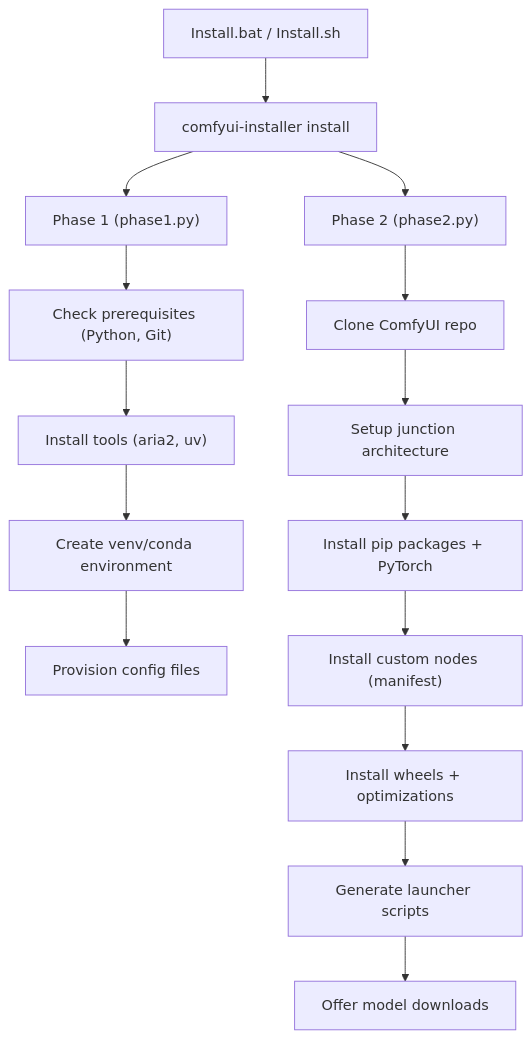
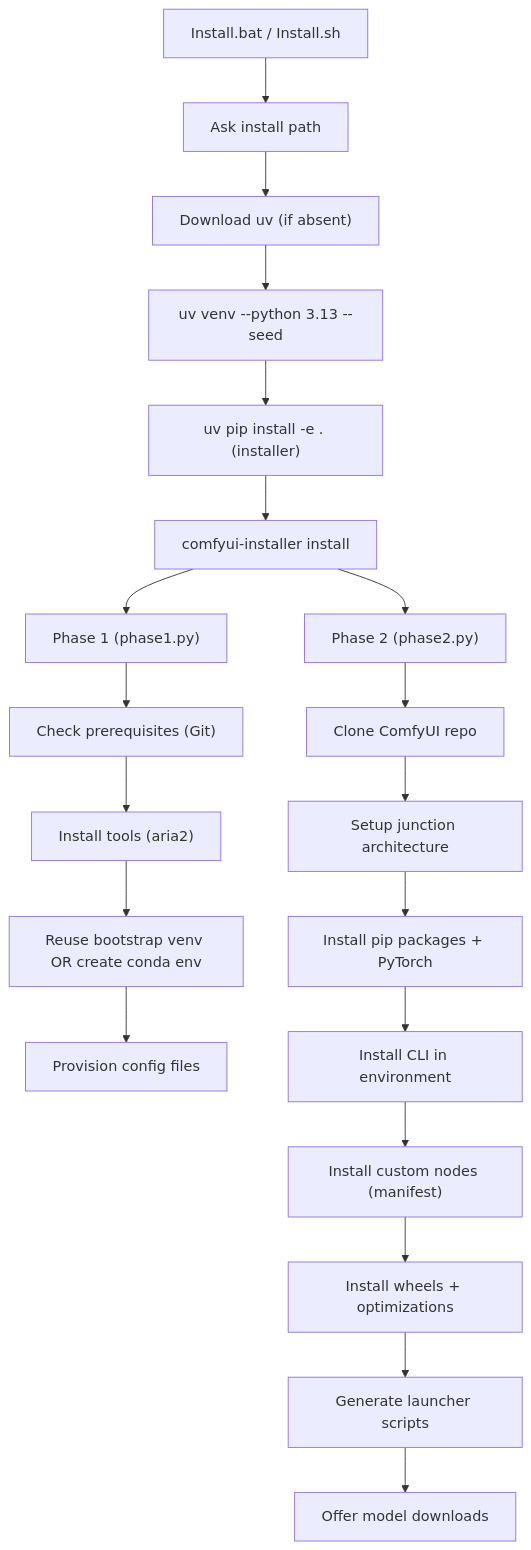
One commit to UmeAiRT/ComfyUI-Auto_installer-Python changed the diagram in docs/codemaps/structure.md. Above: the diagram before and after it, drawn with Mermaid. The commit also changed other lines of this file and 7 other files, not shown here.

````diff
--- a/docs/codemaps/structure.md
+++ b/docs/codemaps/structure.md
@@ -52,19 +52,24 @@
 ```mermaid
 graph TD
-    A["Install.bat / Install.sh"] --> B["comfyui-installer install"]
+    A["Install.bat / Install.sh"] --> A1["Ask install path"]
+    A1 --> A2["Download uv (if absent)"]
+    A2 --> A3["uv venv --python 3.13 --seed"]
+    A3 --> A4["uv pip install -e . (installer)"]
+    A4 --> B["comfyui-installer install"]
     B --> P1["Phase 1 (phase1.py)"]
     B --> P2["Phase 2 (phase2.py)"]
 
-    P1 --> P1a["Check prerequisites (Python, Git)"]
-    P1a --> P1b["Install tools (aria2, uv)"]
-    P1b --> P1c["Create venv/conda environment"]
+    P1 --> P1a["Check prerequisites (Git)"]
+    P1a --> P1b["Install tools (aria2)"]
+    P1b --> P1c["Reuse bootstrap venv OR create conda env"]
     P1c --> P1d["Provision config files"]
 
     P2 --> P2a["Clone ComfyUI repo"]
     P2a --> P2b["Setup junction architecture"]
     P2b --> P2c["Install pip packages + PyTorch"]
-    P2c --> P2d["Install custom nodes (manifest)"]
-    P2d --> P2e["Install wheels + optimizations"]
-    P2e --> P2f["Generate launcher scripts"]
-    P2f --> P2g["Offer model downloads"]
+    P2c --> P2d["Install CLI in environment"]
+    P2d --> P2e["Install custom nodes (manifest)"]
+    P2e --> P2f["Install wheels + optimizations"]
+    P2f --> P2g["Generate launcher scripts"]
+    P2g --> P2h["Offer model downloads"]
 ```
````
